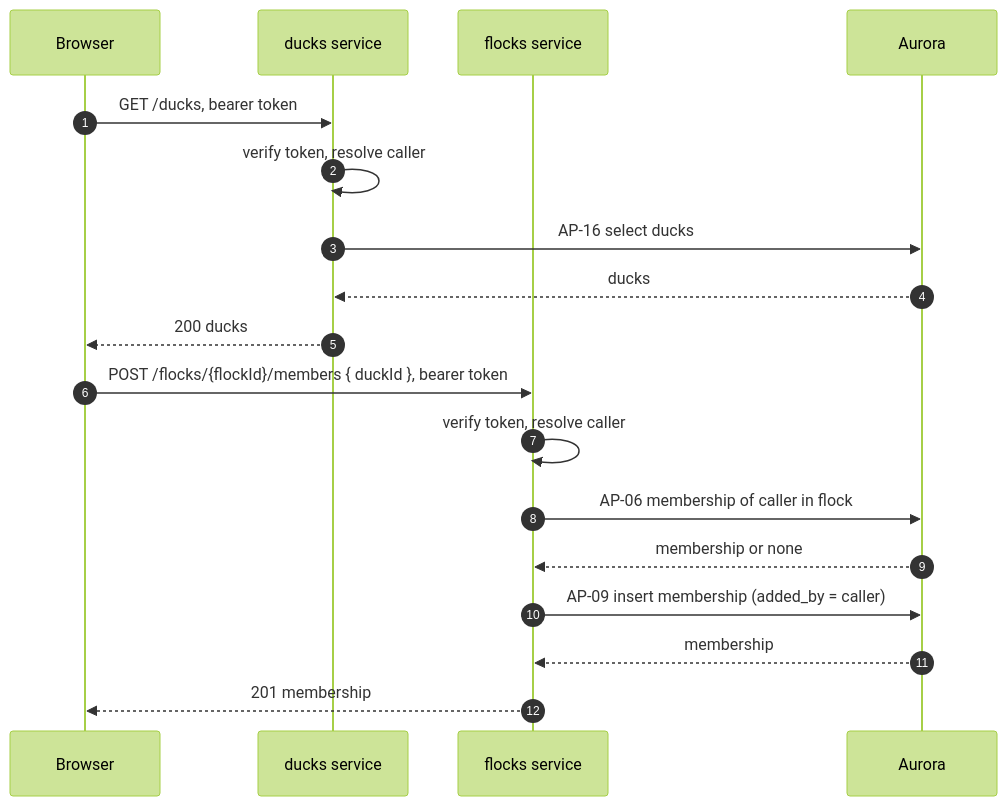
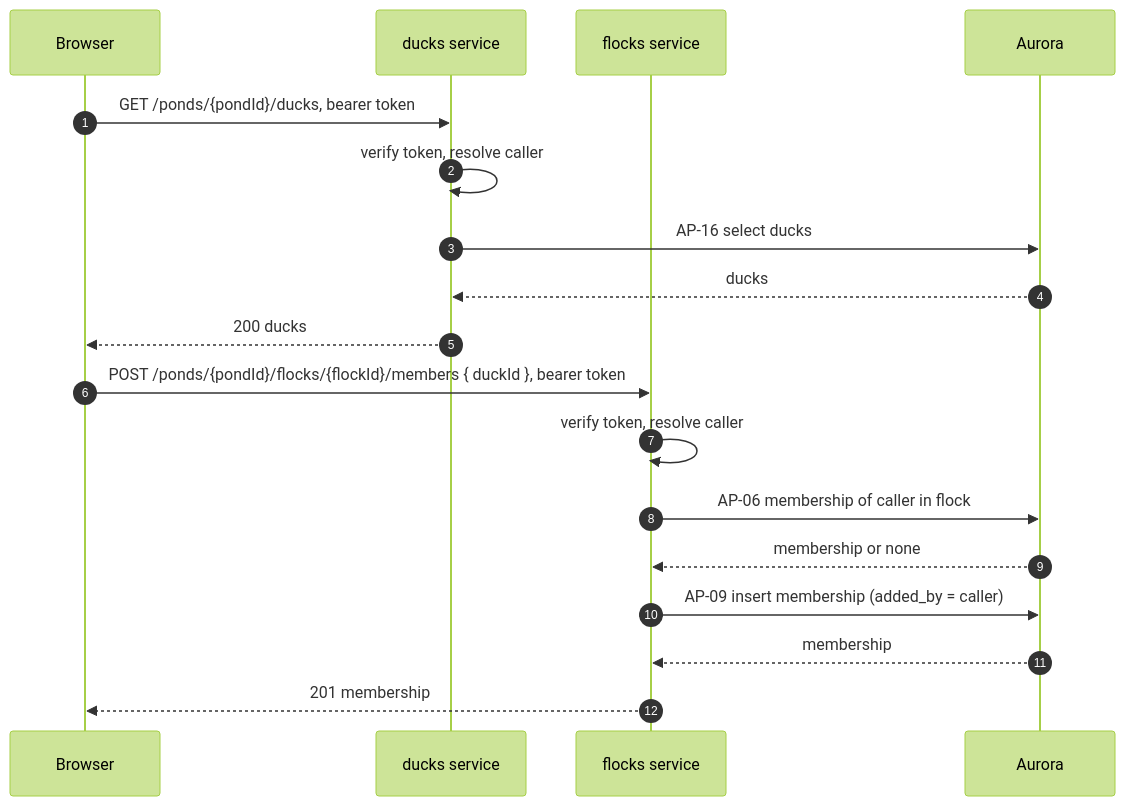
Before and after one commit to fractionalJoe/quack: the diagram in docs/design/flows/wfl-04-add-member.md, drawn with Mermaid. The commit also changed other lines of this file and 10 other files, not shown here.

````diff
--- a/docs/design/flows/wfl-04-add-member.md
+++ b/docs/design/flows/wfl-04-add-member.md
@@ -10,24 +10,24 @@
 ```mermaid
 ---
 config:
   theme: forest
 ---
 sequenceDiagram
     autonumber
     participant B as Browser
     participant D as ducks service
     participant F as flocks service
     participant DB as Aurora
-    B->>D: GET /ducks, bearer token
+    B->>D: GET /ponds/{pondId}/ducks, bearer token
     D->>D: verify token, resolve caller
     D->>DB: AP-16 select ducks
     DB-->>D: ducks
     D-->>B: 200 ducks
-    B->>F: POST /flocks/{flockId}/members { duckId }, bearer token
+    B->>F: POST /ponds/{pondId}/flocks/{flockId}/members { duckId }, bearer token
     F->>F: verify token, resolve caller
     F->>DB: AP-06 membership of caller in flock
     DB-->>F: membership or none
     F->>DB: AP-09 insert membership (added_by = caller)
     DB-->>F: membership
     F-->>B: 201 membership
 ```
````
